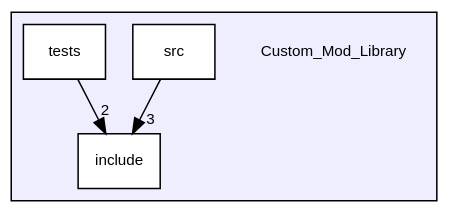
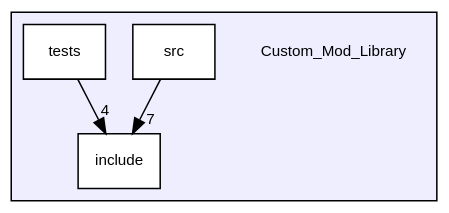
One commit to efybr1/2021_Group_3 changed the diagram in dir_3d791e5d7456dbf61f6d7b678dfd72f4_dep.dot. Above: the diagram before and after it, drawn with Graphviz. The commit also changed 71 other files, not shown here.

```diff
--- a/dir_3d791e5d7456dbf61f6d7b678dfd72f4_dep.dot
+++ b/dir_3d791e5d7456dbf61f6d7b678dfd72f4_dep.dot
@@ -1,15 +1,15 @@
 digraph "/home/runner/work/2021_Group_3/2021_Group_3/Custom_Mod_Library" {
   bgcolor=transparent;
   compound=true
   node [ fontsize="10", fontname="Helvetica"];
   edge [ labelfontsize="10", labelfontname="Helvetica"];
   subgraph clusterdir_3d791e5d7456dbf61f6d7b678dfd72f4 {
     graph [ bgcolor="#eeeeff", pencolor="black", label="" URL="dir_3d791e5d7456dbf61f6d7b678dfd72f4.html"];
     dir_3d791e5d7456dbf61f6d7b678dfd72f4 [shape=plaintext label="Custom_Mod_Library"];
     dir_f5c7eabd21a874ae9d109060d168a55c [shape=box label="include" color="black" fillcolor="white" style="filled" URL="dir_f5c7eabd21a874ae9d109060d168a55c.html"];
     dir_cbd26f7b0946528e265beb2513fbf397 [shape=box label="src" color="black" fillcolor="white" style="filled" URL="dir_cbd26f7b0946528e265beb2513fbf397.html"];
     dir_812f6d6e07ea60e21fdef9b4c803a47a [shape=box label="tests" color="black" fillcolor="white" style="filled" URL="dir_812f6d6e07ea60e21fdef9b4c803a47a.html"];
   }
-  dir_812f6d6e07ea60e21fdef9b4c803a47a->dir_f5c7eabd21a874ae9d109060d168a55c [headlabel="2", labeldistance=1.5 headhref="dir_000003_000001.html"];
-  dir_cbd26f7b0946528e265beb2513fbf397->dir_f5c7eabd21a874ae9d109060d168a55c [headlabel="3", labeldistance=1.5 headhref="dir_000002_000001.html"];
+  dir_812f6d6e07ea60e21fdef9b4c803a47a->dir_f5c7eabd21a874ae9d109060d168a55c [headlabel="4", labeldistance=1.5 headhref="dir_000003_000001.html"];
+  dir_cbd26f7b0946528e265beb2513fbf397->dir_f5c7eabd21a874ae9d109060d168a55c [headlabel="7", labeldistance=1.5 headhref="dir_000002_000001.html"];
 }
```
